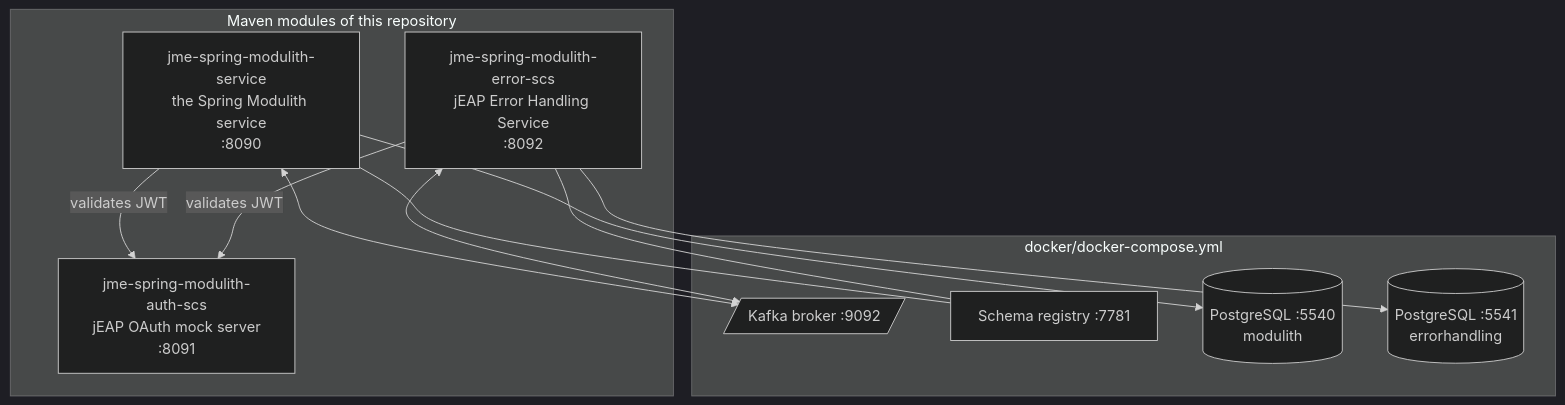
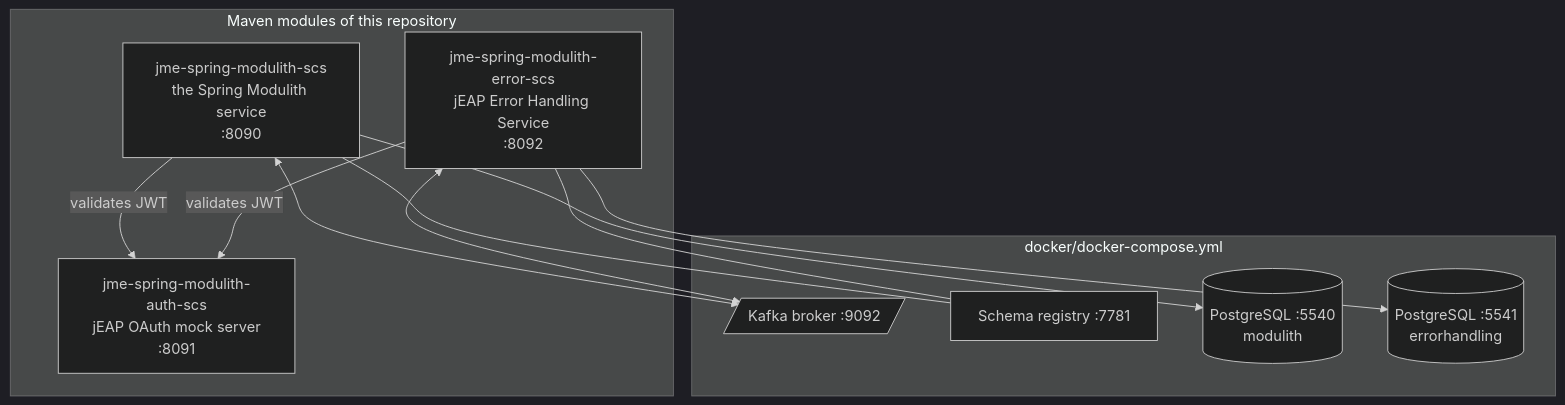
One commit to jme-admin-ch/jme-spring-modulith-example changed the first of 5 diagrams in docs/architecture.md. Above: the diagram before and after it, drawn with Mermaid (dark theme). The commit also changed other lines of this file and 64 other files, not shown here.

Commit message:
JEAP-7449 Preserve Spring Modulith SCS identity

````diff
--- a/docs/architecture.md
+++ b/docs/architecture.md
@@ -11,24 +11,24 @@
 ```mermaid
 flowchart TB
     subgraph services["Maven modules of this repository"]
-        SCS["jme-spring-modulith-service<br/>the Spring Modulith service<br/>:8090"]
+        SCS["jme-spring-modulith-scs<br/>the Spring Modulith service<br/>:8090"]
         AUTH["jme-spring-modulith-auth-scs<br/>jEAP OAuth mock server<br/>:8091"]
         EHS["jme-spring-modulith-error-scs<br/>jEAP Error Handling Service<br/>:8092"]
     end
 
     subgraph infra["docker/docker-compose.yml"]
         KAFKA[/"Kafka broker :9092"/]
         SR["Schema registry :7781"]
         DB1[("PostgreSQL :5540<br/>modulith")]
         DB2[("PostgreSQL :5541<br/>errorhandling")]
     end
 
     SCS --> DB1
     EHS --> DB2
     SCS <--> KAFKA
     EHS <--> KAFKA
     SCS --- SR
     EHS --- SR
     SCS -->|" validates JWT "| AUTH
     EHS -->|" validates JWT "| AUTH
 ```
````
